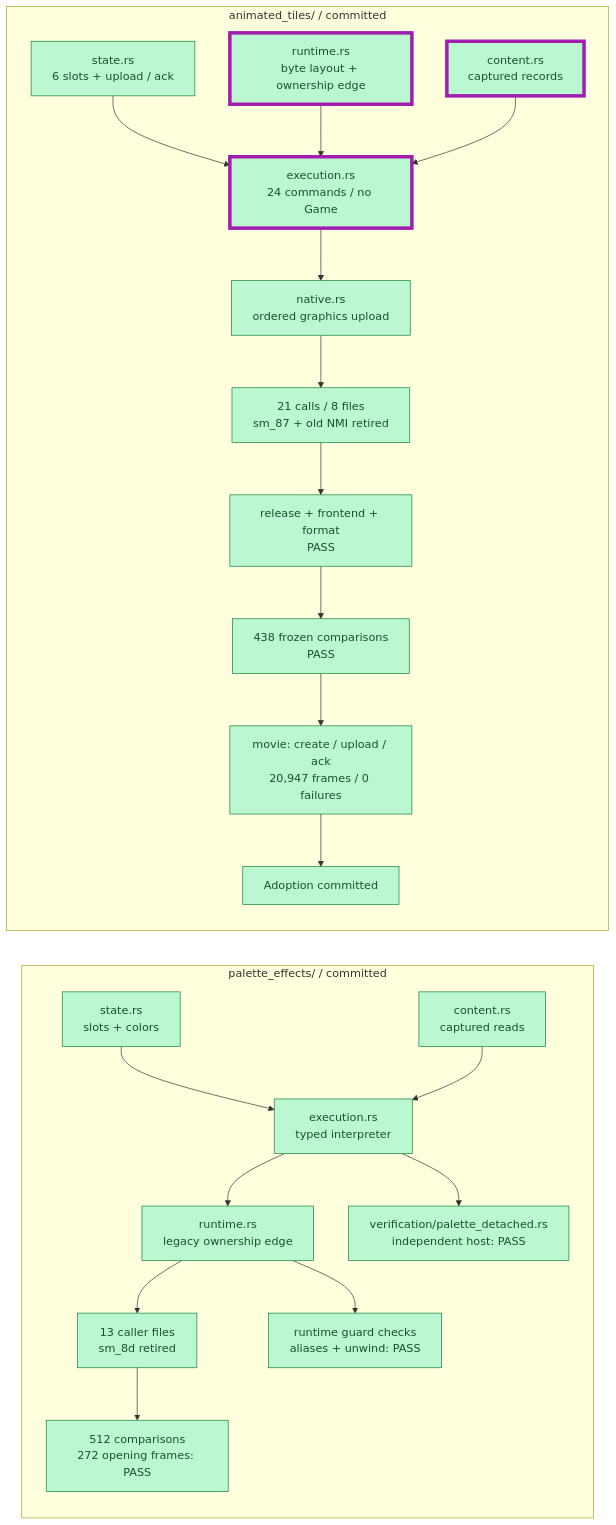
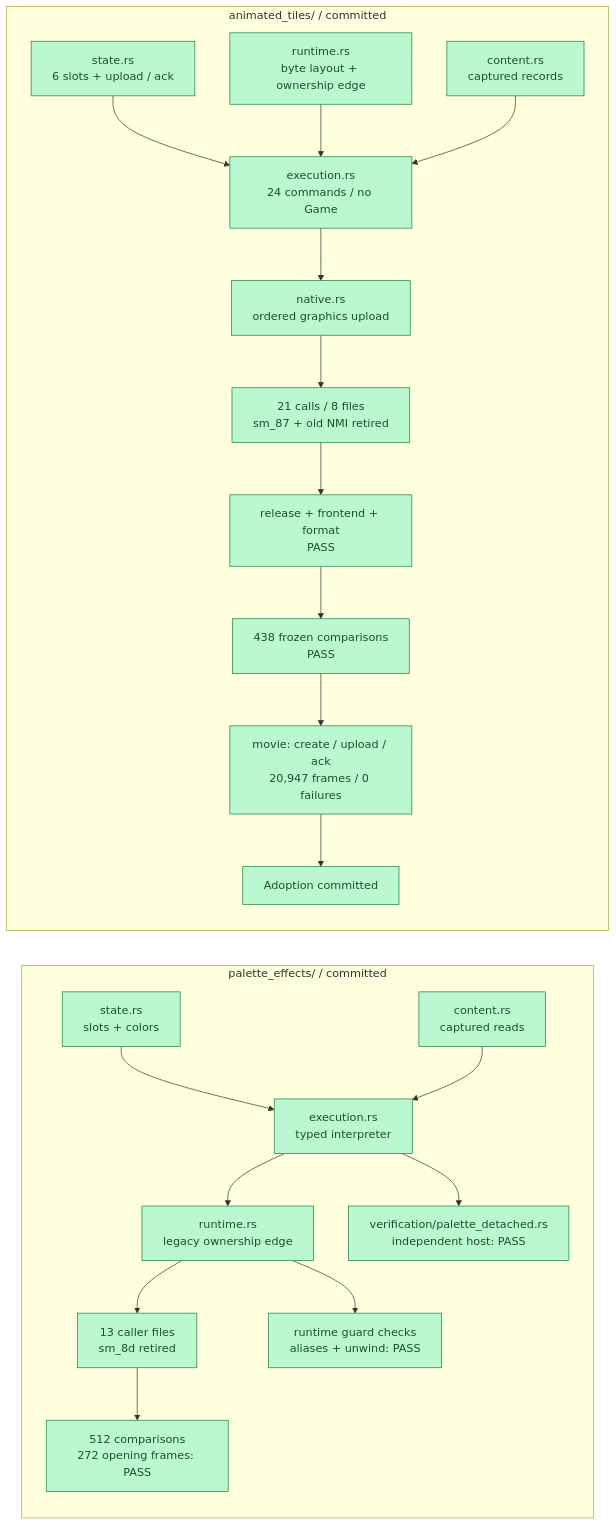
One commit to JimLundin/sm-decomp changed the second of 3 diagrams in PROGRESS.md. Above: the diagram before and after it, drawn with Mermaid. The commit also changed other lines of this file and 1 other file, not shown here.

````diff
--- a/PROGRESS.md
+++ b/PROGRESS.md
@@ -45,32 +45,32 @@
 ```mermaid
 flowchart LR
     subgraph palette["palette_effects/ / committed"]
         direction TB
         PS["state.rs<br/>slots + colors"]:::done --> PE["execution.rs<br/>typed interpreter"]:::done
         PC["content.rs<br/>captured reads"]:::done --> PE
         PE --> PR["runtime.rs<br/>legacy ownership edge"]:::done
         PR --> PCL["13 caller files<br/>sm_8d retired"]:::done
         PE --> PD["verification/palette_detached.rs<br/>independent host: PASS"]:::done
         PR --> PG["runtime guard checks<br/>aliases + unwind: PASS"]:::done
         PCL --> PV["512 comparisons<br/>272 opening frames: PASS"]:::done
     end
     subgraph animation["animated_tiles/ / committed"]
         direction TB
         AS["state.rs<br/>6 slots + upload / ack"]:::done --> AE["execution.rs<br/>24 commands / no Game"]:::done
         AC["runtime.rs<br/>byte layout + ownership edge"]:::done --> AE
         CONTENT["content.rs<br/>captured records"]:::done --> AE
         AE --> AN["native.rs<br/>ordered graphics upload"]:::done
         AN --> ACL["21 calls / 8 files<br/>sm_87 + old NMI retired"]:::done
         ACL --> AB["release + frontend + format<br/>PASS"]:::done
         AB --> AV["438 frozen comparisons<br/>PASS"]:::done
         AV --> AM["movie: create / upload / ack<br/>20,947 frames / 0 failures"]:::done
         AM --> LAND["Adoption committed"]:::done
     end
-    class AE,AC,CONTENT changed
+
     classDef done fill:#bbf7d0,stroke:#15803d,color:#14532d
     classDef checked fill:#bfdbfe,stroke:#2563eb,color:#1e3a8a
     classDef active fill:#fed7aa,stroke:#ea580c,color:#7c2d12
     classDef pending fill:#f1f5f9,stroke:#94a3b8,color:#475569,stroke-dasharray:5 5
     classDef changed stroke:#a21caf,stroke-width:5px
 
 ```
````
